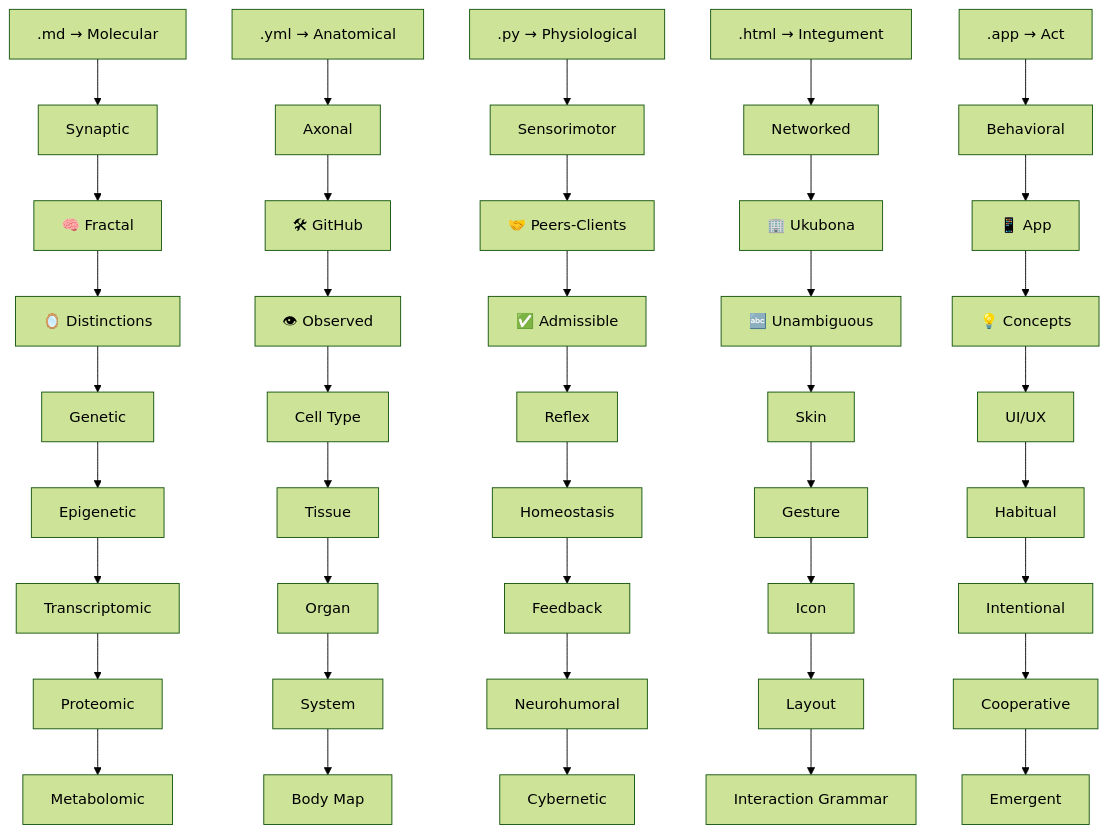
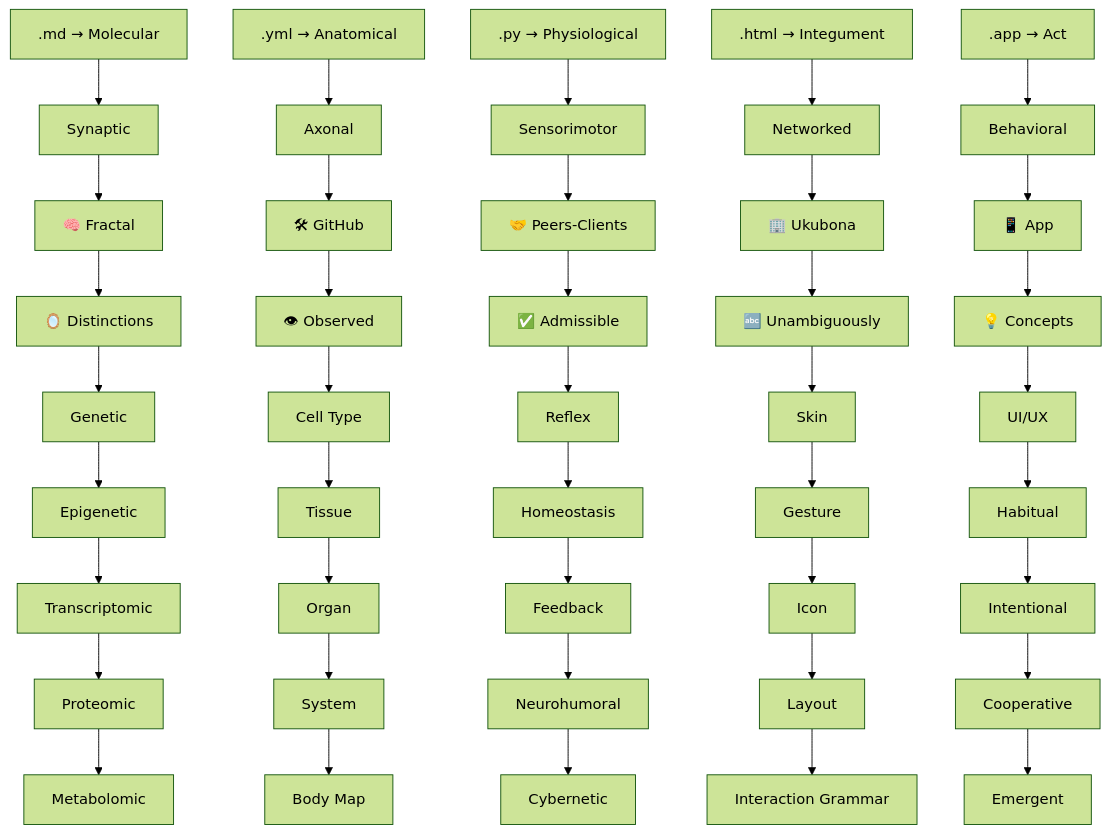
One commit to abikesa/love changed the diagram in README.md. Above: the diagram before and after it, drawn with Mermaid (forest theme). The commit also changed 1 other file, not shown here.

Commit message:
unambiguous-LY

````diff
--- a/README.md
+++ b/README.md
@@ -1,55 +1,55 @@
 ```mermaid
 
 graph TD
 
   %% Column 1
   A1[.md → Molecular] --> B1[Synaptic]
   B1 --> C1[🧠 Fractal]
   C1 --> D1[🪞 Distinctions]
   D1 --> E1[Genetic]
   E1 --> F1[Epigenetic]
   F1 --> G1[Transcriptomic]
   G1 --> H1[Proteomic]
   H1 --> I1[Metabolomic]
 
   %% Column 2
   A2[.yml → Anatomical] --> B2[Axonal]
   B2 --> C2[🛠 GitHub]
   C2 --> D2[👁 Observed]
   D2 --> E2[Cell Type]
   E2 --> F2[Tissue]
   F2 --> G2[Organ]
   G2 --> H2[System]
   H2 --> I2[Body Map]
 
   %% Column 3
   A3[.py → Physiological] --> B3[Sensorimotor]
   B3 --> C3[🤝 Peers-Clients]
   C3 --> D3[✅ Admissible]
   D3 --> E3[Reflex]
   E3 --> F3[Homeostasis]
   F3 --> G3[Feedback]
   G3 --> H3[Neurohumoral]
   H3 --> I3[Cybernetic]
 
   %% Column 4
   A4[.html → Integument] --> B4[Networked]
   B4 --> C4[🏢 Ukubona]
-  C4 --> D4[🔤 Unambiguous]
+  C4 --> D4[🔤 Unambiguously]
   D4 --> E4[Skin]
   E4 --> F4[Gesture]
   F4 --> G4[Icon]
   G4 --> H4[Layout]
   H4 --> I4[Interaction Grammar]
 
   %% Column 5
   A5[.app → Act] --> B5[Behavioral]
   B5 --> C5[📱 App]
   C5 --> D5[💡 Concepts]
   D5 --> E5[UI/UX]
   E5 --> F5[Habitual]
   F5 --> G5[Intentional]
   G5 --> H5[Cooperative]
   H5 --> I5[Emergent]
 
 ```
````
